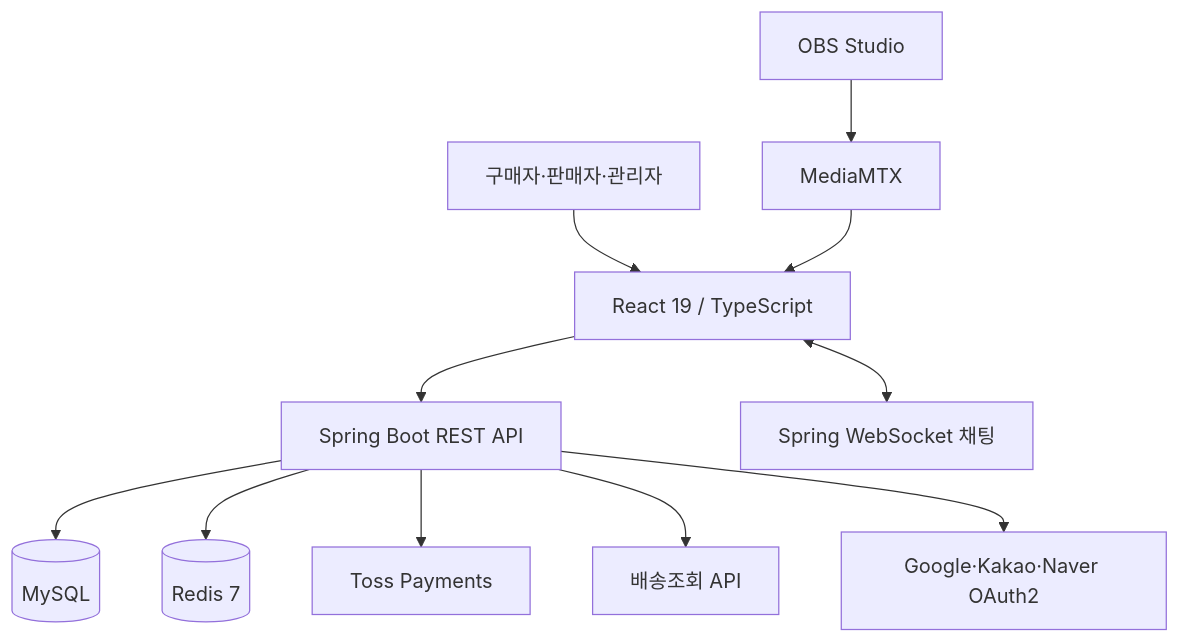
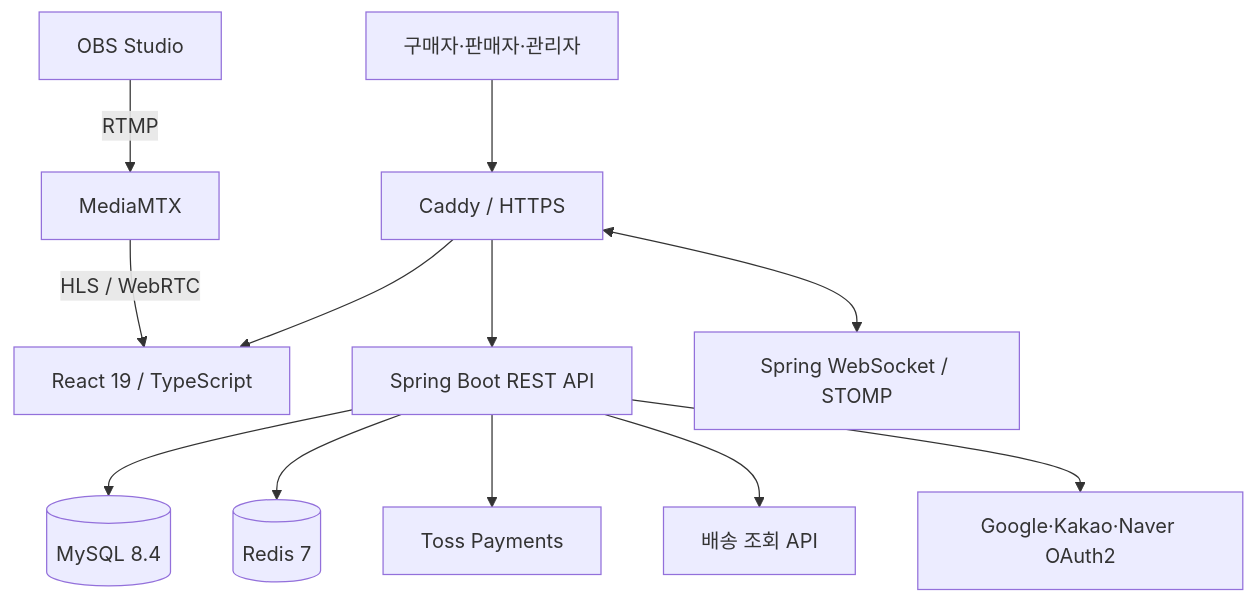
Before and after one commit to stone-iron/group-buy: the second of 2 diagrams in README.md, drawn with Mermaid. The commit also changed other lines of this file, not shown here.

````diff
--- a/README.md
+++ b/README.md
@@ -140,13 +151,16 @@
 ```mermaid
 flowchart TB
-    U[구매자·판매자·관리자] --> FE[React 19 / TypeScript]
-    FE --> API[Spring Boot REST API]
-    FE <--> WS[Spring WebSocket 채팅]
-    API --> DB[(MySQL)]
+    U[구매자·판매자·관리자] --> CADDY[Caddy / HTTPS]
+    CADDY --> FE[React 19 / TypeScript]
+    CADDY --> API[Spring Boot REST API]
+    CADDY <--> WS[Spring WebSocket / STOMP]
+
+    API --> DB[(MySQL 8.4)]
     API --> REDIS[(Redis 7)]
     API --> TOSS[Toss Payments]
-    API --> TRACK[배송조회 API]
+    API --> TRACK[배송 조회 API]
     API --> OAUTH[Google·Kakao·Naver OAuth2]
-    OBS[OBS Studio] --> MEDIA[MediaMTX]
-    MEDIA --> FE
+
+    OBS[OBS Studio] -->|RTMP| MEDIA[MediaMTX]
+    MEDIA -->|HLS / WebRTC| FE
 ```
````
